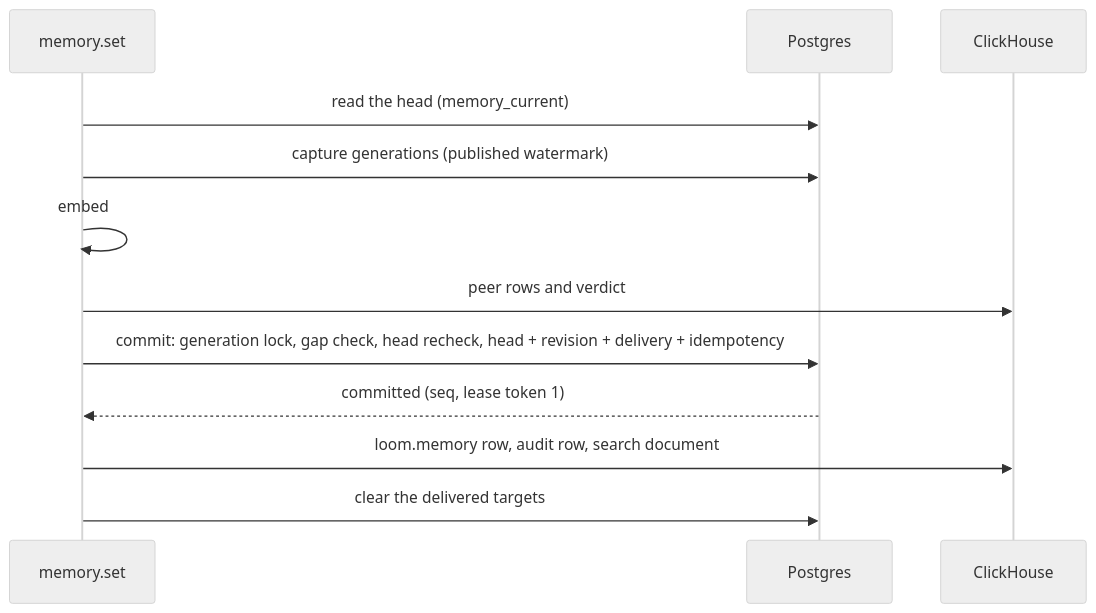
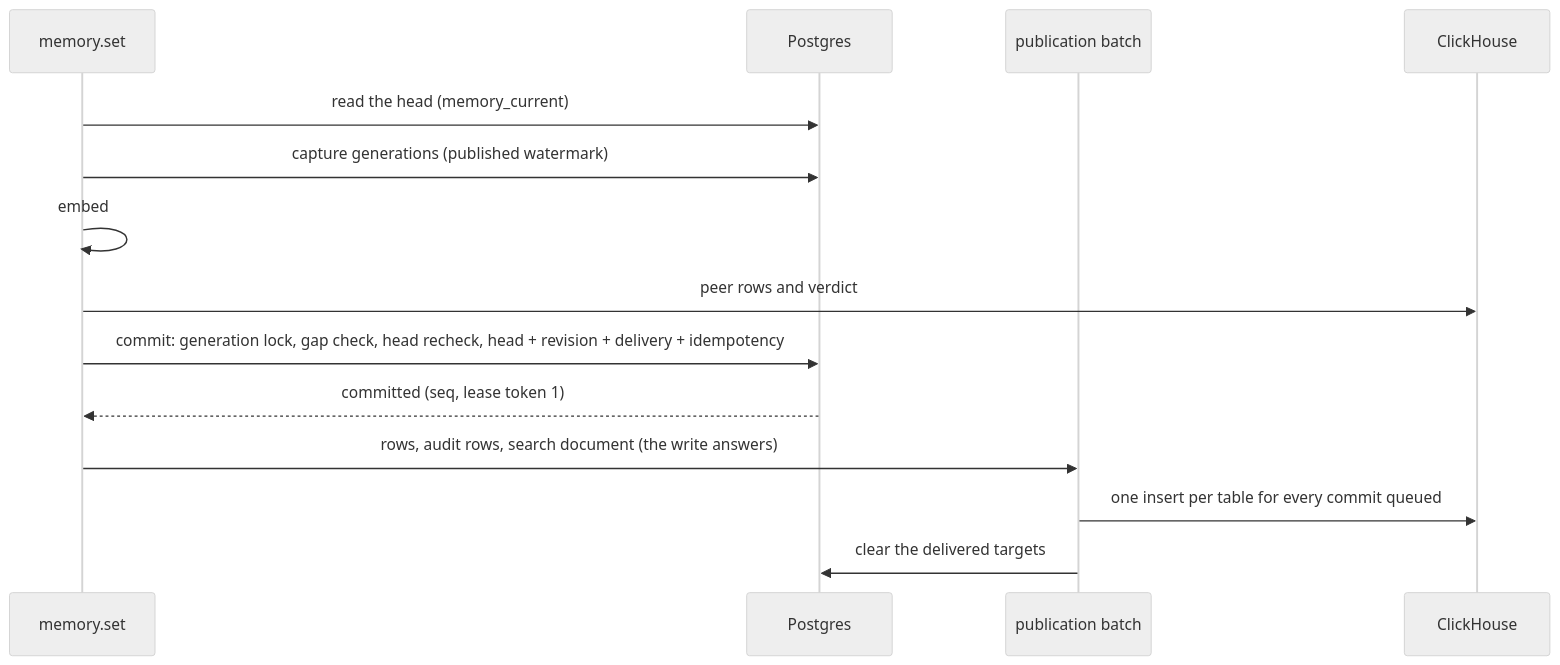
Before and after one commit to ClickHouse/loom: the diagram in docs/architecture/storage-authority.md, drawn with Mermaid (neutral theme). The commit also changed other lines of this file and 42 other files, not shown here.

Commit message:
Under Postgres, a key's first memory.set answers at the commit and ClickHouse gets one insert per table per flush

````diff
--- a/docs/architecture/storage-authority.md
+++ b/docs/architecture/storage-authority.md
@@ -168,14 +168,16 @@
 ```mermaid
 sequenceDiagram
     participant W as memory.set
     participant P as Postgres
+    participant B as publication batch
     participant C as ClickHouse
     W->>P: read the head (memory_current)
     W->>P: capture generations (published watermark)
     W->>W: embed
     W->>C: peer rows and verdict
     W->>P: commit: generation lock, gap check, head recheck, head + revision + delivery + idempotency
     P-->>W: committed (seq, lease token 1)
-    W->>C: loom.memory row, audit row, search document
-    W->>P: clear the delivered targets
+    W->>B: rows, audit rows, search document (the write answers)
+    B->>C: one insert per table for every commit queued
+    B->>P: clear the delivered targets
 ```
````
